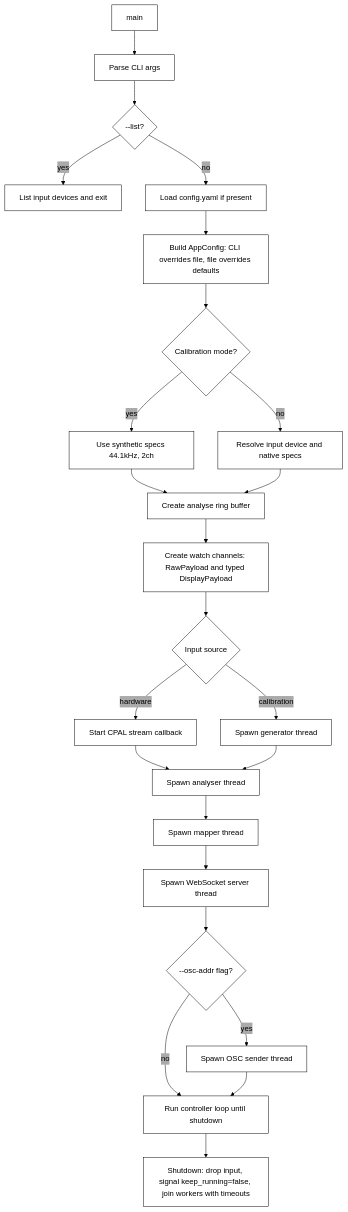
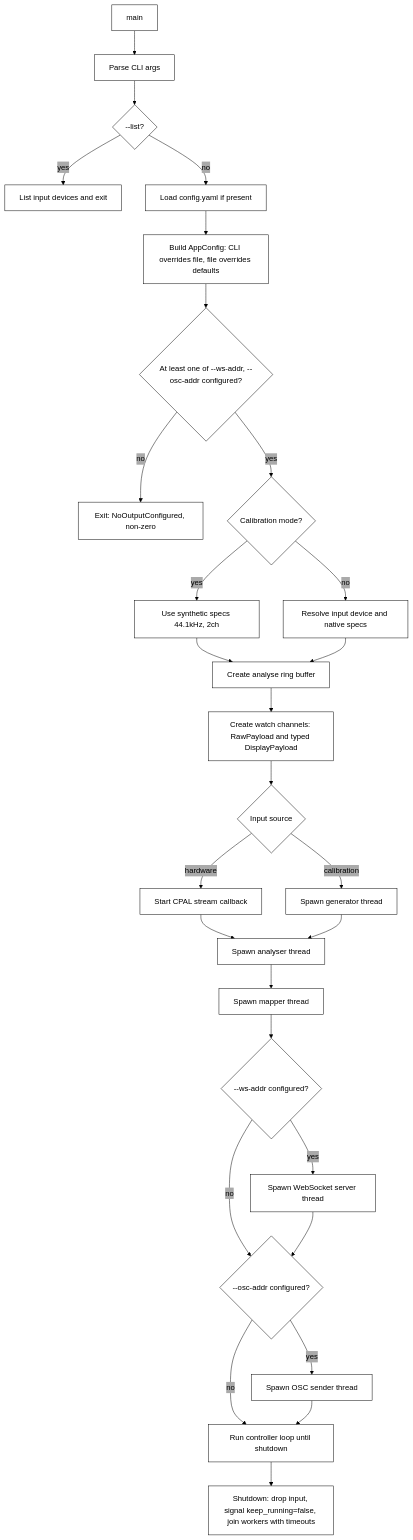
The first of 4 diagrams in docs/system/lifecycle.md (rayboyd/phase4), drawn with Mermaid before and after one commit. The commit also changed 11 other files, not shown here.

First line of the commit message:
feat(config): make WebSocket and OSC output transports opt-in

````diff
--- a/docs/system/lifecycle.md
+++ b/docs/system/lifecycle.md
@@ -5,44 +5,48 @@
 ```mermaid
 %%{init: {
 	"theme": "base",
 	"themeVariables": {
 		"background": "#ffffff",
 		"fontFamily": "monospace",
 		"fontSize": "16px",
 		"lineColor": "#000",
 		"primaryBorderColor": "#000",
 		"primaryColor": "#fff",
 		"primaryTextColor": "#000",
 		"secondaryColor": "#aaa",
 		"tertiaryColor": "#ccc"
 	},
 	"flowchart": {
 		"curve": "basis",
 		"htmlLabels": true
 	}
 }}%%
 flowchart TD
 		A[main] --> B[Parse CLI args]
 		B --> C{--list?}
 		C -->|yes| D[List input devices and exit]
 		C -->|no| E2[Load config.yaml if present]
 		E2 --> E[Build AppConfig: CLI overrides file, file overrides defaults]
-		E --> F{Calibration mode?}
+		E --> E3{At least one of --ws-addr, --osc-addr configured?}
+		E3 -->|no| E4[Exit: NoOutputConfigured, non-zero]
+		E3 -->|yes| F{Calibration mode?}
 		F -->|yes| G[Use synthetic specs 44.1kHz, 2ch]
 		F -->|no| H[Resolve input device and native specs]
 		G --> I[Create analyse ring buffer]
 		H --> I
 		I --> J[Create watch channels: RawPayload and typed DisplayPayload]
 		J --> K{Input source}
 		K -->|calibration| M[Spawn generator thread]
 		K -->|hardware| L[Start CPAL stream callback]
 		L --> N[Spawn analyser thread]
 		M --> N
 		N --> O[Spawn mapper thread]
-		O --> P[Spawn WebSocket server thread]
-		P --> Q{--osc-addr flag?}
+		O --> P{--ws-addr configured?}
+		P -->|yes| P2[Spawn WebSocket server thread]
+		P -->|no| Q
+		P2 --> Q{--osc-addr configured?}
 		Q -->|yes| Q2[Spawn OSC sender thread]
 		Q -->|no| R[Run controller loop until shutdown]
 		Q2 --> R
 		R --> S[Shutdown: drop input, signal keep_running=false, join workers with timeouts]
 ```
````
